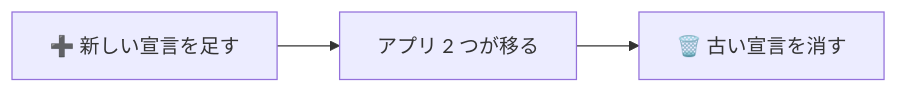
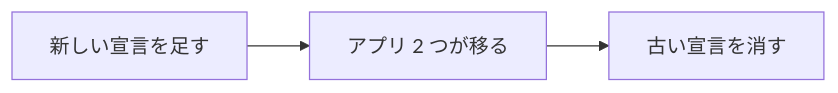
One commit to yossibank/kmp-app-template changed the diagram in CLAUDE.md. Above: the diagram before and after it, drawn with Mermaid. The commit also changed other lines of this file, not shown here.

Commit message:
Move shared Claude rules to claude-config

````diff
--- a/CLAUDE.md
+++ b/CLAUDE.md
@@ -38,4 +37,4 @@
 ```mermaid
 flowchart LR
-    ADD["➕ 新しい宣言を足す"] --> MOVE["アプリ 2 つが移る"] --> DEL["🗑️ 古い宣言を消す"]
+    ADD["新しい宣言を足す"] --> MOVE["アプリ 2 つが移る"] --> DEL["古い宣言を消す"]
 ```
````
